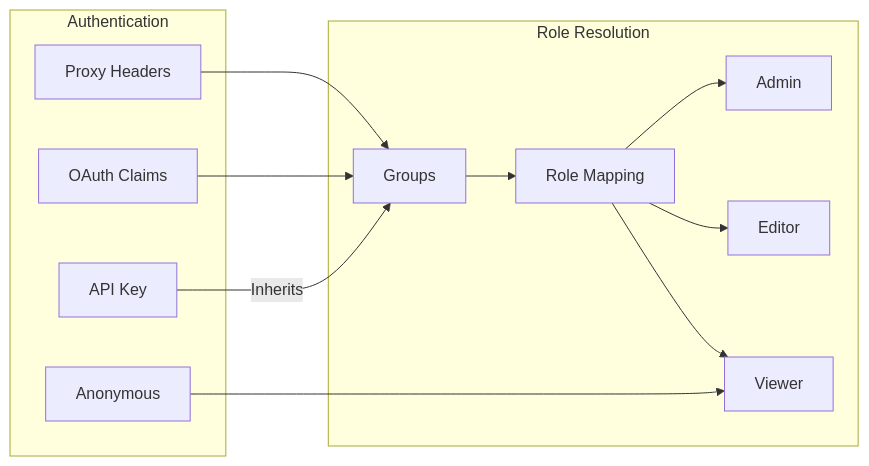
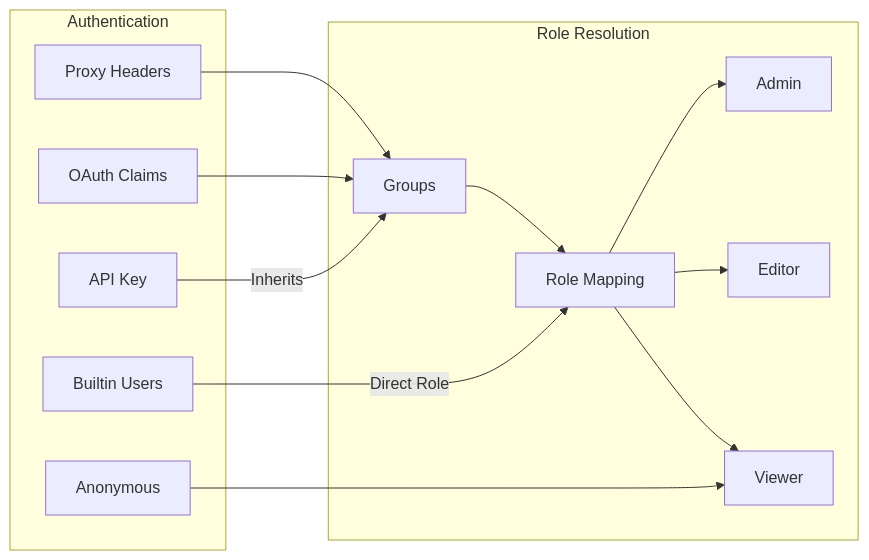
Before and after one commit to AltairaLabs/Omnia: the sixth of 9 diagrams in docs/src/content/docs/explanation/authentication.md, drawn with Mermaid. The commit also changed other lines of this file and 2 other files, not shown here.

First line of the commit message:
docs: add builtin authentication documentation

````diff
--- a/docs/src/content/docs/explanation/authentication.md
+++ b/docs/src/content/docs/explanation/authentication.md
@@ -169,21 +212,23 @@
 ```mermaid
 graph LR
     subgraph "Authentication"
         A[Anonymous]
         P[Proxy Headers]
         O[OAuth Claims]
+        B[Builtin Users]
         K[API Key]
     end
 
     subgraph "Role Resolution"
         G[Groups] --> R[Role Mapping]
         R --> Admin
         R --> Editor
         R --> Viewer
     end
 
     A --> Viewer
     P --> G
     O --> G
+    B --> |Direct Role| R
     K --> |Inherits| G
 ```
````
